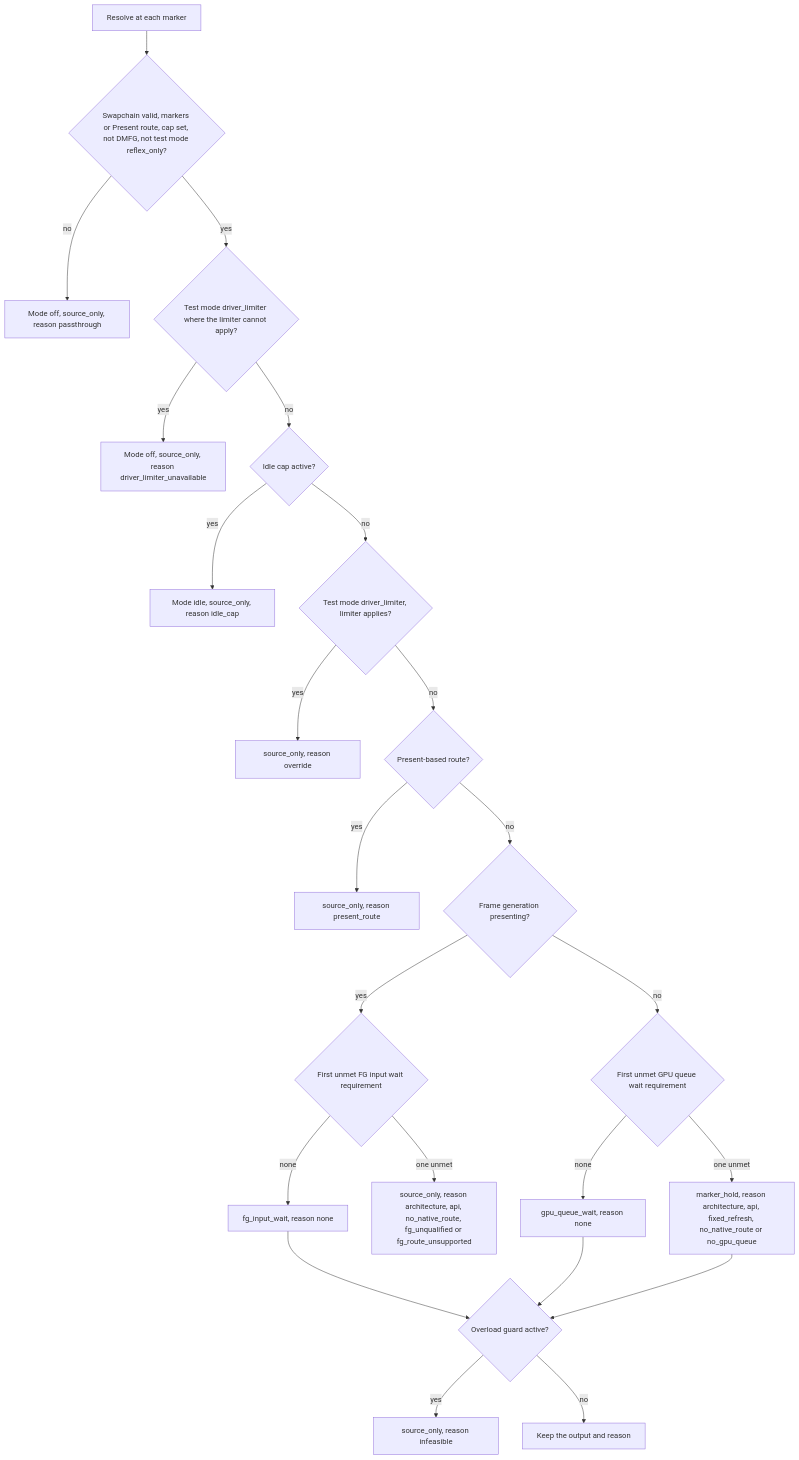
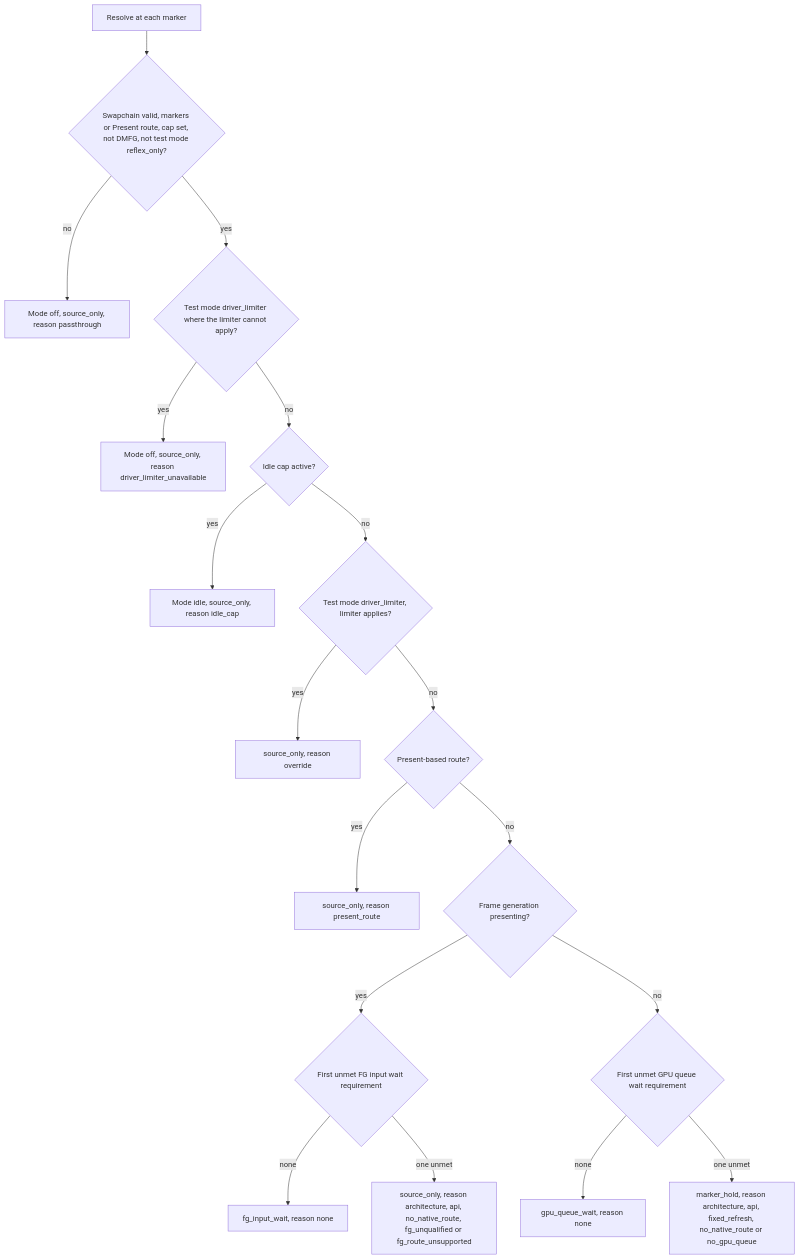
The sixth of 9 diagrams in docs/FRAME_PACING.md (RankFTW/ReLimiter), drawn with Mermaid before and after one commit. The commit also changed other lines of this file and 34 other files, not shown here.

````diff
--- a/docs/FRAME_PACING.md
+++ b/docs/FRAME_PACING.md
@@ -332,25 +311,20 @@
 ```mermaid
 flowchart TD
     A["Resolve at each marker"] --> B{"Swapchain valid, markers or Present route, cap set, not DMFG, not test mode reflex_only?"}
     B -->|no| P["Mode off, source_only, reason passthrough"]
     B -->|yes| B2{"Test mode driver_limiter where the limiter cannot apply?"}
     B2 -->|yes| U["Mode off, source_only, reason driver_limiter_unavailable"]
     B2 -->|no| C{"Idle cap active?"}
     C -->|yes| I["Mode idle, source_only, reason idle_cap"]
     C -->|no| D{"Test mode driver_limiter, limiter applies?"}
     D -->|yes| O1["source_only, reason override"]
     D -->|no| E{"Present-based route?"}
     E -->|yes| R1["source_only, reason present_route"]
     E -->|no| H{"Frame generation presenting?"}
     H -->|yes| H1{"First unmet FG input wait requirement"}
     H1 -->|none| FG["fg_input_wait, reason none"]
     H1 -->|one unmet| FU["source_only, reason architecture, api, no_native_route, fg_unqualified or fg_route_unsupported"]
     H -->|no| J{"First unmet GPU queue wait requirement"}
     J -->|none| GQ["gpu_queue_wait, reason none"]
     J -->|one unmet| MH["marker_hold, reason architecture, api, fixed_refresh, no_native_route or no_gpu_queue"]
-    FG --> K{"Overload guard active?"}
-    GQ --> K
-    MH --> K
-    K -->|yes| DEM["source_only, reason infeasible"]
-    K -->|no| KEEP["Keep the output and reason"]
 ```
````
